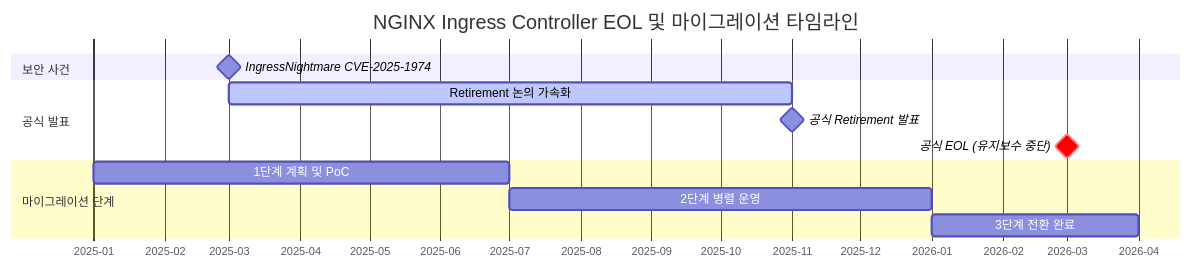
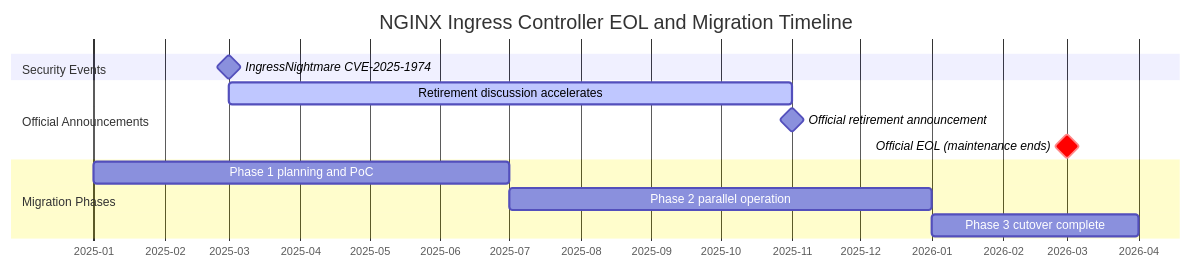
Before and after one commit to devfloor9/engineering-playbook: the first of 7 diagrams in docs/eks-best-practices/networking-performance/gateway-api-adoption-guide/index.md, drawn with Mermaid. The commit also changed other lines of this file and 954 other files, not shown here.

````diff
--- a/docs/eks-best-practices/networking-performance/gateway-api-adoption-guide/index.md
+++ b/docs/eks-best-practices/networking-performance/gateway-api-adoption-guide/index.md
@@ -98,19 +98,19 @@
 ```mermaid
 gantt
-    title NGINX Ingress Controller EOL 및 마이그레이션 타임라인
+    title NGINX Ingress Controller EOL and Migration Timeline
     dateFormat YYYY-MM
     axisFormat %Y-%m
 
-    section 보안 사건
+    section Security Events
     IngressNightmare CVE-2025-1974 :milestone, cve, 2025-03, 0d
 
-    section 공식 발표
-    Retirement 논의 가속화 :active, disc, 2025-03, 8M
-    공식 Retirement 발표 :milestone, retire, 2025-11, 0d
-    공식 EOL (유지보수 중단) :crit, milestone, eol, 2026-03, 0d
+    section Official Announcements
+    Retirement discussion accelerates :active, disc, 2025-03, 8M
+    Official retirement announcement :milestone, retire, 2025-11, 0d
+    Official EOL (maintenance ends) :crit, milestone, eol, 2026-03, 0d
 
-    section 마이그레이션 단계
-    1단계 계획 및 PoC :plan, 2025-01, 6M
-    2단계 병렬 운영 :parallel, 2025-07, 6M
-    3단계 전환 완료 :switch, 2026-01, 3M
+    section Migration Phases
+    Phase 1 planning and PoC :plan, 2025-01, 6M
+    Phase 2 parallel operation :parallel, 2025-07, 6M
+    Phase 3 cutover complete :switch, 2026-01, 3M
 ```
````
